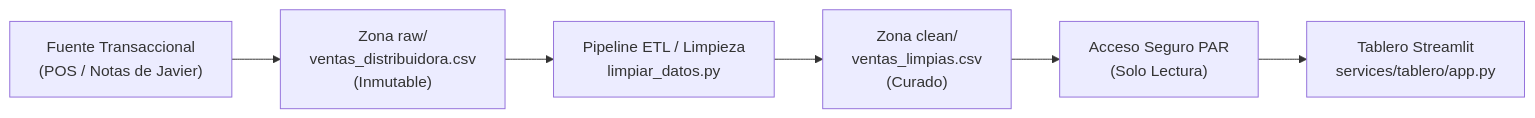
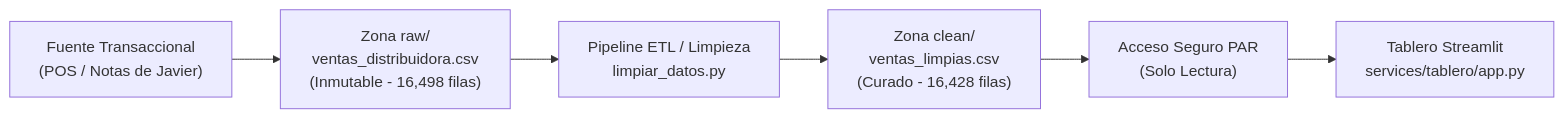
One commit to Benjamin-Benoni-Santos-Ojeda/data-startup-plastiktrack changed the diagram in docs/E1-dashboard.md. Above: the diagram before and after it, drawn with Mermaid. The commit also changed other lines of this file and 12 other files, not shown here.

````diff
--- a/docs/E1-dashboard.md
+++ b/docs/E1-dashboard.md
@@ -17,8 +17,8 @@
 ```mermaid
 flowchart LR
-    A["Fuente Transaccional<br>(POS / Notas de Javier)"] --> B["Zona raw/<br>ventas_distribuidora.csv<br>(Inmutable)"]
+    A["Fuente Transaccional<br>(POS / Notas de Javier)"] --> B["Zona raw/<br>ventas_distribuidora.csv<br>(Inmutable - 16,498 filas)"]
     B --> C["Pipeline ETL / Limpieza<br>limpiar_datos.py"]
-    C --> D["Zona clean/<br>ventas_limpias.csv<br>(Curado)"]
+    C --> D["Zona clean/<br>ventas_limpias.csv<br>(Curado - 16,428 filas)"]
     D --> E["Acceso Seguro PAR<br>(Solo Lectura)"]
     E --> F["Tablero Streamlit<br>services/tablero/app.py"]
 ```
````
